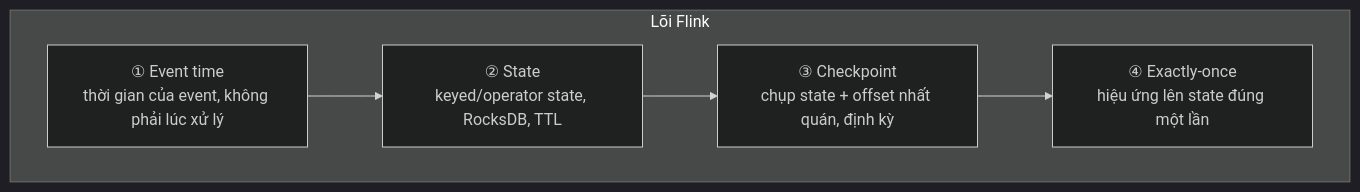
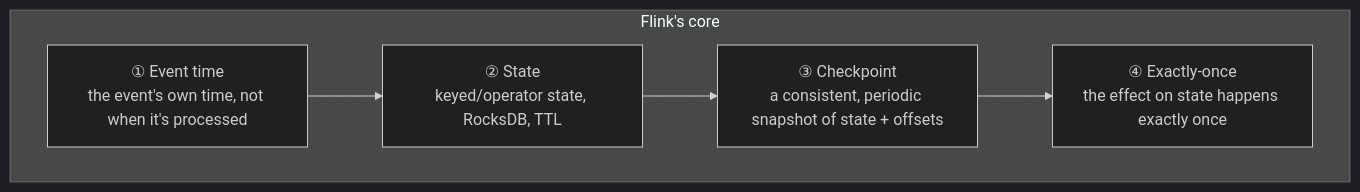
Before and after one commit to vuhoang001/knowledge: the second of 2 diagrams in i18n/en/docusaurus-plugin-content-docs/current/etl/flink/reference/what-is-flink.md, drawn with Mermaid (dark theme). The commit also changed other lines of this file and 21 other files, not shown here.

````diff
--- a/i18n/en/docusaurus-plugin-content-docs/current/etl/flink/reference/what-is-flink.md
+++ b/i18n/en/docusaurus-plugin-content-docs/current/etl/flink/reference/what-is-flink.md
@@ -120,10 +117,10 @@
 ```mermaid
 flowchart TB
-  subgraph core["Lõi Flink"]
-    T["① Event time<br/>thời gian của event, không phải lúc xử lý"]
+  subgraph core["Flink's core"]
+    T["① Event time<br/>the event's own time, not when it's processed"]
     St["② State<br/>keyed/operator state, RocksDB, TTL"]
-    C["③ Checkpoint<br/>chụp state + offset nhất quán, định kỳ"]
-    E["④ Exactly-once<br/>hiệu ứng lên state đúng một lần"]
+    C["③ Checkpoint<br/>a consistent, periodic snapshot of state + offsets"]
+    E["④ Exactly-once<br/>the effect on state happens exactly once"]
   end
   T --> St --> C --> E
 ```
````
